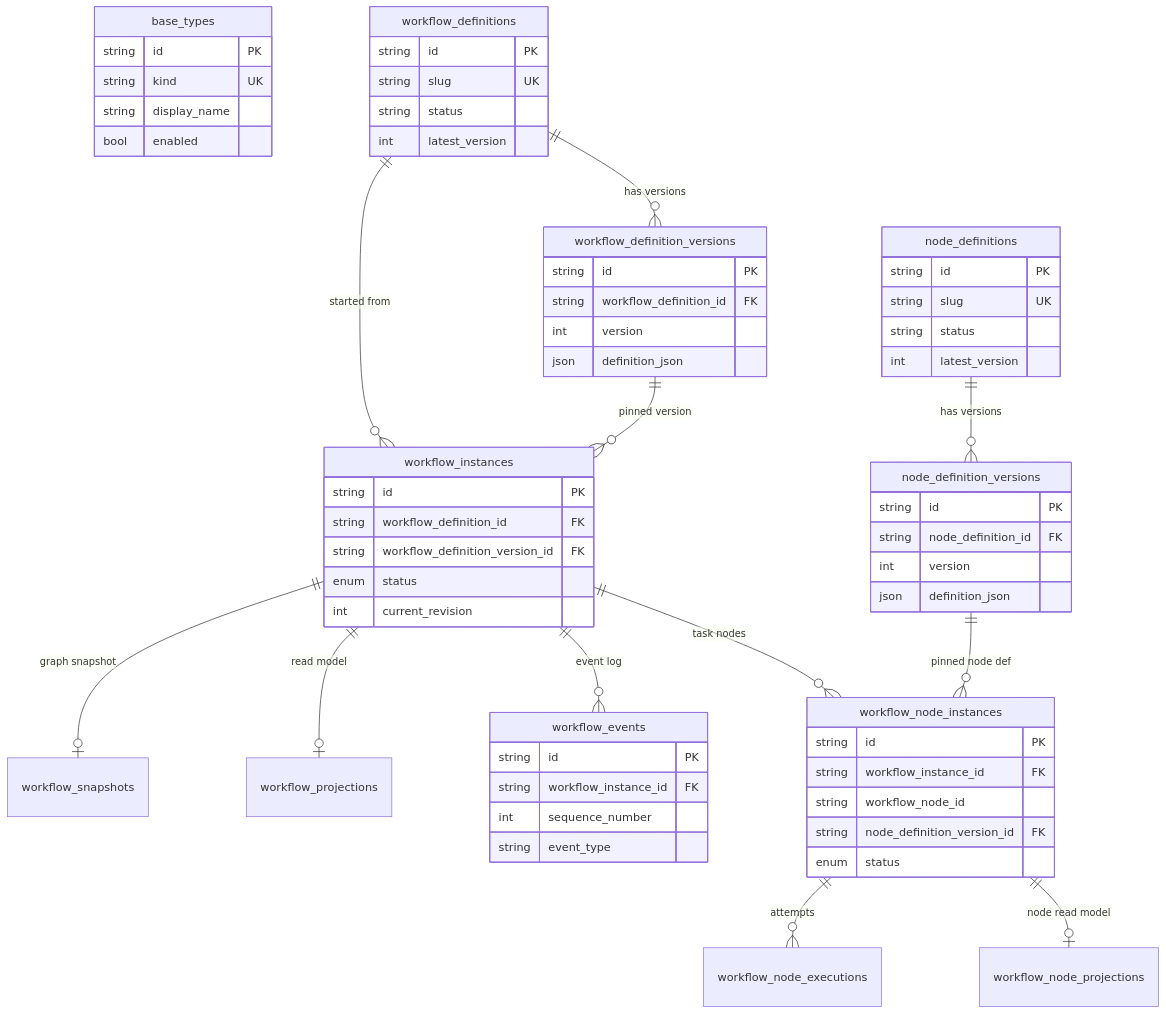
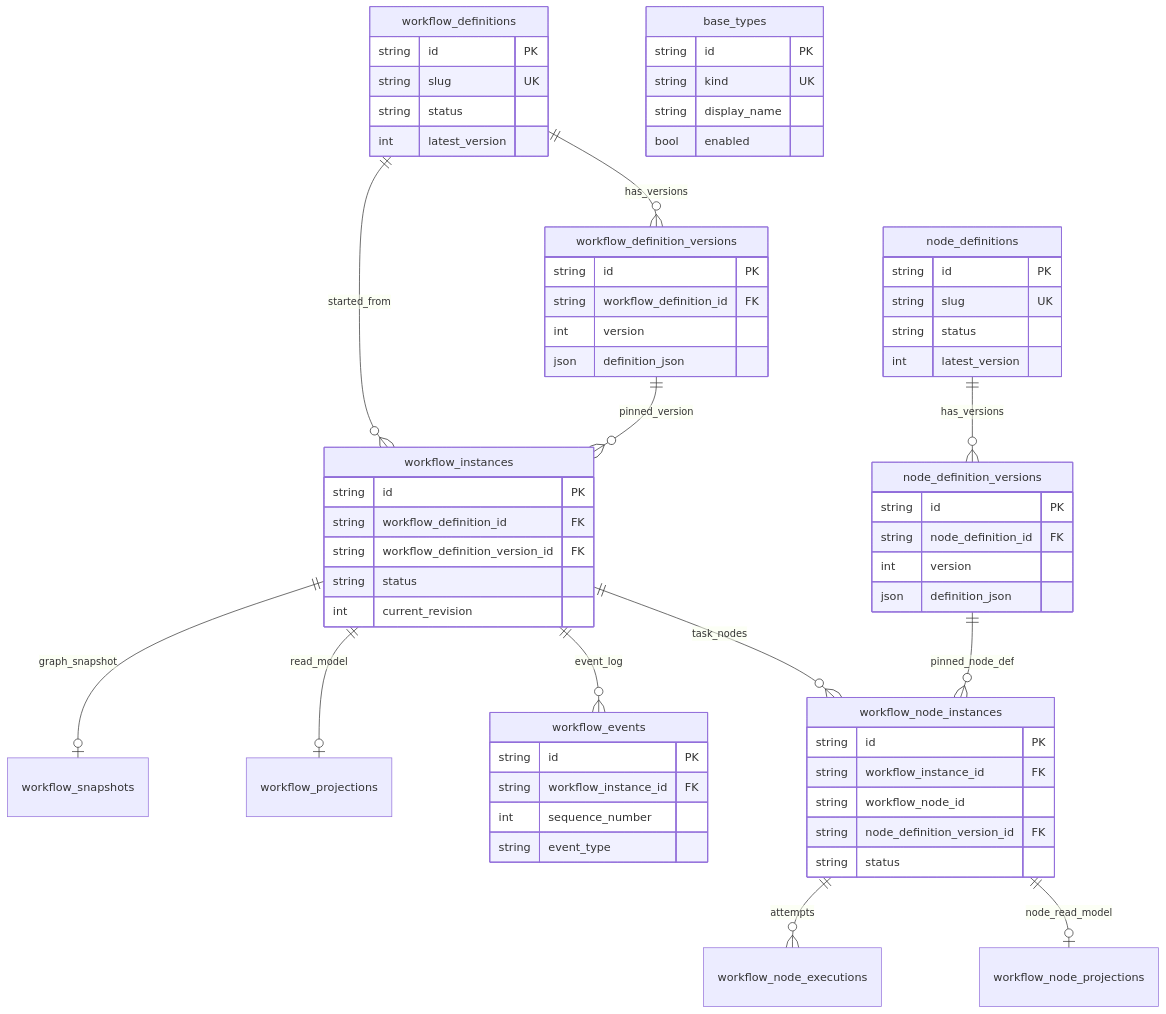
The first of 7 diagrams in docs/DATABASE.md (krunalKadamSSK/workfllow-execution), drawn with Mermaid before and after one commit. The commit also changed other lines of this file and 207 other files, not shown here.

````diff
--- a/docs/DATABASE.md
+++ b/docs/DATABASE.md
@@ -11,76 +16,74 @@
 ```mermaid
 erDiagram
-    base_types
+    node_definitions ||--o{ node_definition_versions : has_versions
+    workflow_definitions ||--o{ workflow_definition_versions : has_versions
+    workflow_definitions ||--o{ workflow_instances : started_from
+    workflow_definition_versions ||--o{ workflow_instances : pinned_version
 
-    node_definitions ||--o{ node_definition_versions : "has versions"
-    workflow_definitions ||--o{ workflow_definition_versions : "has versions"
-    workflow_definitions ||--o{ workflow_instances : "started from"
-    workflow_definition_versions ||--o{ workflow_instances : "pinned version"
+    workflow_instances ||--o| workflow_snapshots : graph_snapshot
+    workflow_instances ||--o| workflow_projections : read_model
+    workflow_instances ||--o{ workflow_events : event_log
+    workflow_instances ||--o{ workflow_node_instances : task_nodes
 
-    workflow_instances ||--o| workflow_snapshots : "graph snapshot"
-    workflow_instances ||--o| workflow_projections : "read model"
-    workflow_instances ||--o{ workflow_events : "event log"
-    workflow_instances ||--o{ workflow_node_instances : "task nodes"
-
-    node_definition_versions ||--o{ workflow_node_instances : "pinned node def"
-    workflow_node_instances ||--o{ workflow_node_executions : "attempts"
-    workflow_node_instances ||--o| workflow_node_projections : "node read model"
+    node_definition_versions ||--o{ workflow_node_instances : pinned_node_def
+    workflow_node_instances ||--o{ workflow_node_executions : attempts
+    workflow_node_instances ||--o| workflow_node_projections : node_read_model
 
     base_types {
         string id PK
         string kind UK
         string display_name
         bool enabled
     }
 
     node_definitions {
         string id PK
         string slug UK
         string status
         int latest_version
     }
 
     node_definition_versions {
         string id PK
         string node_definition_id FK
         int version
         json definition_json
     }
 
     workflow_definitions {
         string id PK
         string slug UK
         string status
         int latest_version
     }
 
     workflow_definition_versions {
         string id PK
         string workflow_definition_id FK
         int version
         json definition_json
     }
 
     workflow_instances {
         string id PK
         string workflow_definition_id FK
         string workflow_definition_version_id FK
-        enum status
+        string status
         int current_revision
     }
 
     workflow_node_instances {
         string id PK
         string workflow_instance_id FK
         string workflow_node_id
         string node_definition_version_id FK
-        enum status
+        string status
     }
 
     workflow_events {
         string id PK
         string workflow_instance_id FK
         int sequence_number
         string event_type
     }
 ```
````
